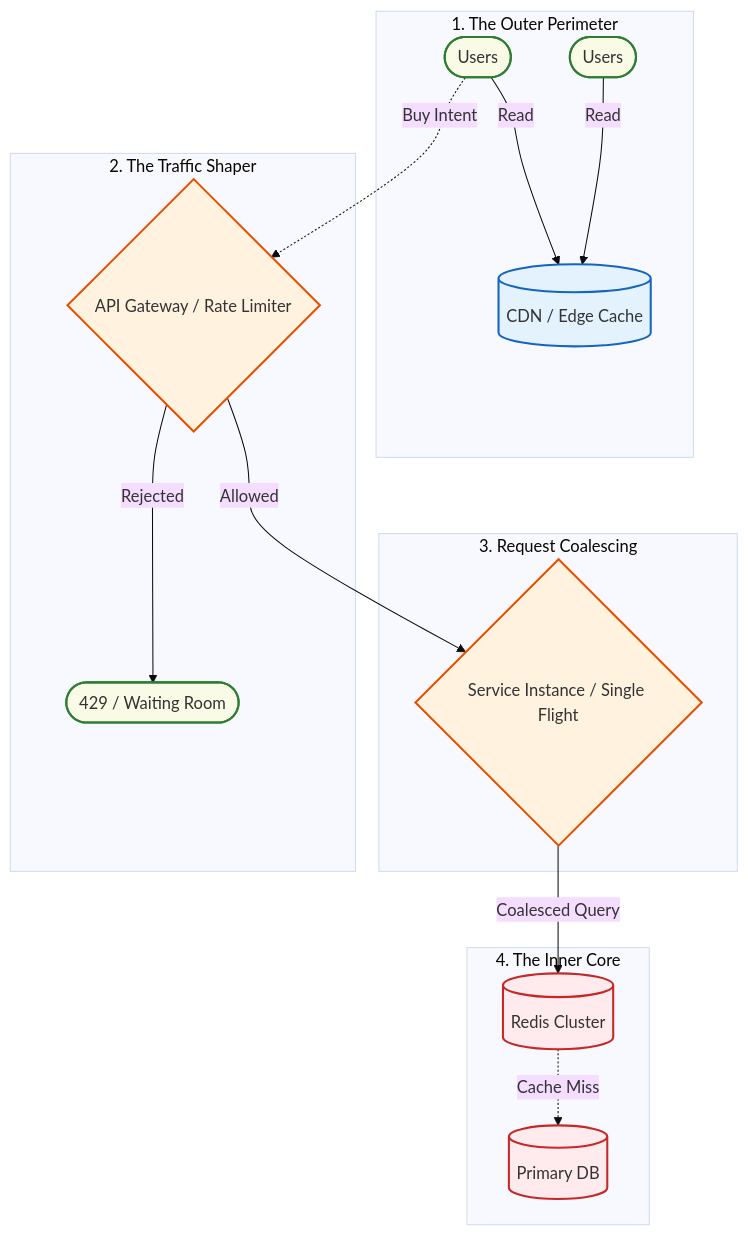
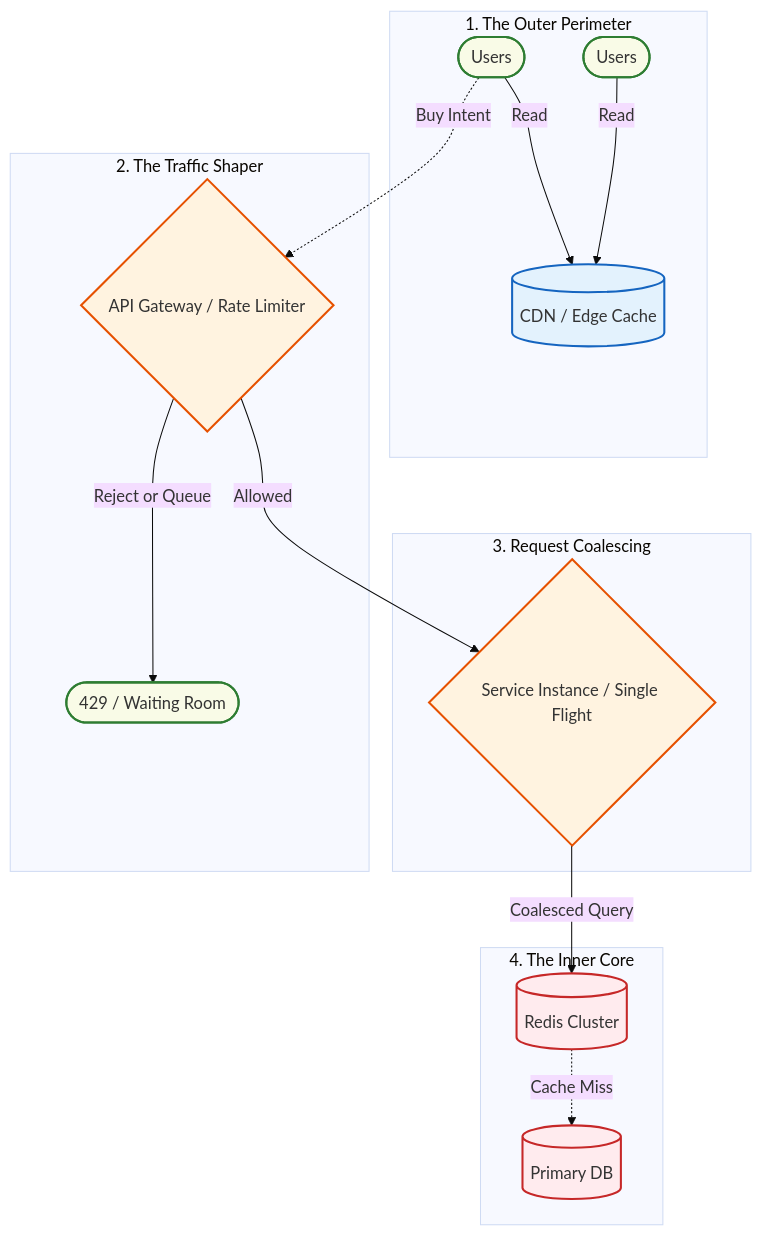
The diagram in content/posts/series_3/1.global_flash_sale_engine_thundering_herd.md (tuanhiep/tuanhiep.github.io), drawn with Mermaid (base theme) before and after one commit. The commit also changed other lines of this file, not shown here.

````diff
--- a/content/posts/series_3/1.global_flash_sale_engine_thundering_herd.md
+++ b/content/posts/series_3/1.global_flash_sale_engine_thundering_herd.md
@@ -86,33 +95,34 @@
 ```mermaid
 graph TD
     classDef user fill:#f9fbe7,stroke:#2e7d32,stroke-width:2px;
     classDef edge fill:#e3f2fd,stroke:#1565c0,stroke-width:2px;
     classDef core fill:#fff3e0,stroke:#e65100,stroke-width:2px;
     classDef db fill:#ffebee,stroke:#c62828,stroke-width:2px;
 
     subgraph SG1 [1. The Outer Perimeter]
         U1([Users]):::user
         U2([Users]):::user
         CDN[(CDN / Edge Cache)]:::edge
         U1 -->|Read| CDN
         U2 -->|Read| CDN
     end
 
     subgraph SG2 [2. The Traffic Shaper]
         RL{API Gateway / Rate Limiter}:::core
         U1 -.->|Buy Intent| RL
-        RL -->|Rejected| 429([429 / Waiting Room]):::user
+        RL -->|Reject or Queue| 429([429 / Waiting Room]):::user
     end
 
     subgraph SG3 [3. Request Coalescing]
         SF{Service Instance / Single Flight}:::core
         RL -->|Allowed| SF
     end
 
     subgraph SG4 [4. The Inner Core]
         Cache[(Redis Cluster)]:::db
         DB[(Primary DB)]:::db
         SF -->|Coalesced Query| Cache
         Cache -.->|Cache Miss| DB
     end
+
 ```
````
